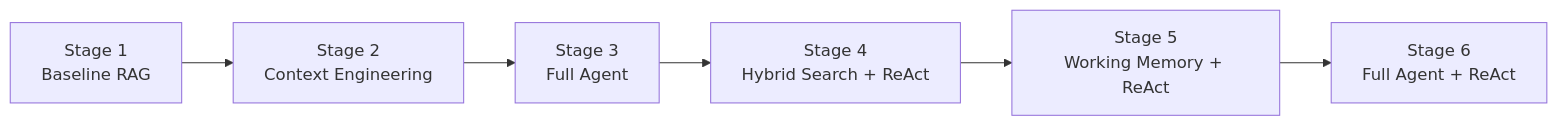
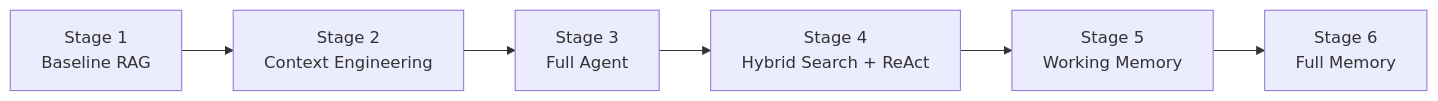
Before and after one commit to redis-developer/context-eng-matters: the first of 4 diagrams in progressive_agents/README.md, drawn with Mermaid. The commit also changed other lines of this file and 47 other files, not shown here.

First line of the commit message:
refactor: rename stage5/6 to better reflect memory capabilities

````diff
--- a/progressive_agents/README.md
+++ b/progressive_agents/README.md
@@ -18,8 +18,8 @@
 ```mermaid
 graph LR
     S1[Stage 1<br/>Baseline RAG] --> S2[Stage 2<br/>Context Engineering]
     S2 --> S3[Stage 3<br/>Full Agent]
     S3 --> S4[Stage 4<br/>Hybrid Search + ReAct]
-    S4 --> S5[Stage 5<br/>Working Memory + ReAct]
-    S5 --> S6[Stage 6<br/>Full Agent + ReAct]
+    S4 --> S5[Stage 5<br/>Working Memory]
+    S5 --> S6[Stage 6<br/>Full Memory]
 ```
````
